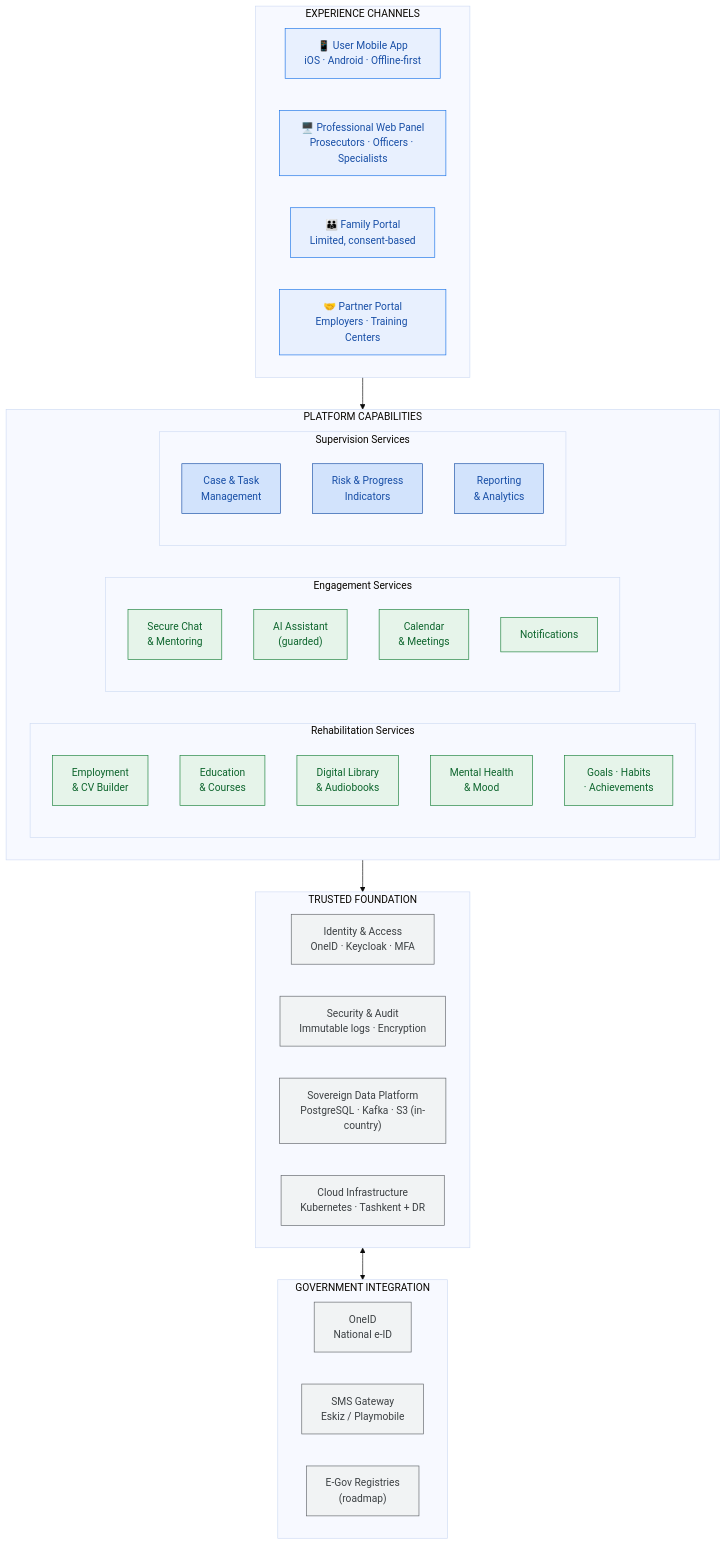
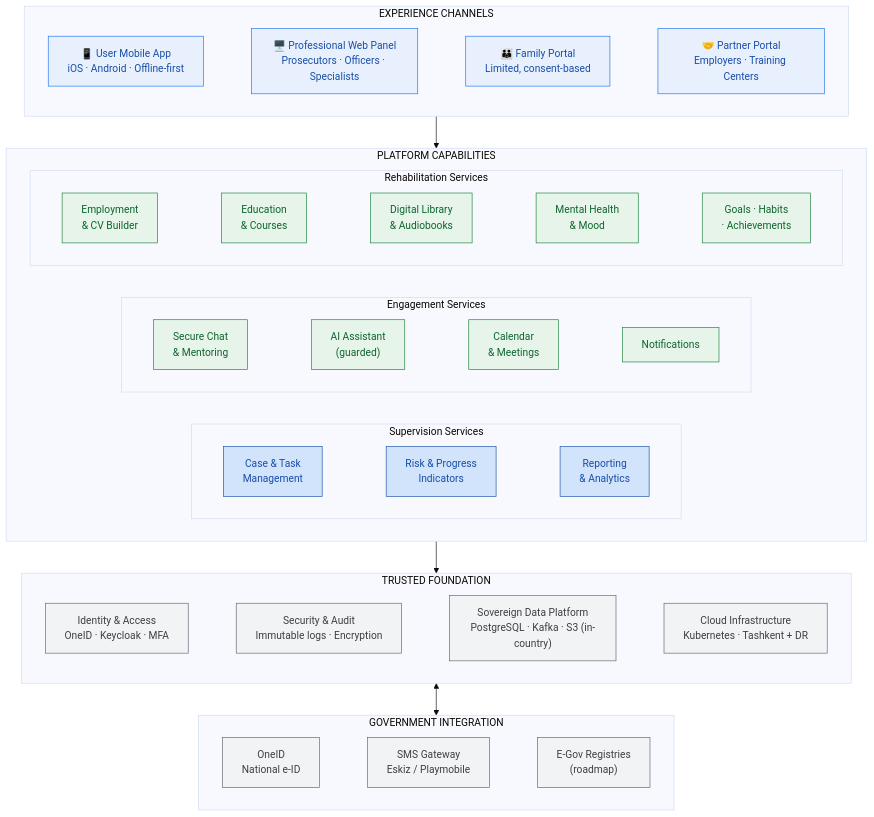
One commit to baxtbekjumayev74-byte/Yangi-hayot changed the first of 5 diagrams in docs/01-executive-architecture.md. Above: the diagram before and after it, drawn with Mermaid (base theme). The commit also changed other lines of this file and 5 other files, not shown here.

First line of the commit message:
Refine diagram layouts for presentation rendering

````diff
--- a/docs/01-executive-architecture.md
+++ b/docs/01-executive-architecture.md
@@ -12,58 +12,44 @@
 ```mermaid
 flowchart TB
     subgraph CH["EXPERIENCE CHANNELS"]
         direction LR
-        MOB["📱 User Mobile App<br/>iOS · Android · Offline-first"]
-        WEB["🖥️ Professional Web Panel<br/>Prosecutors · Officers · Specialists"]
-        FAM["👪 Family Portal<br/>Limited, consent-based"]
-        PRT["🤝 Partner Portal<br/>Employers · Training Centers"]
+        MOB["📱 User Mobile App<br/>iOS · Android · Offline-first"] ~~~ WEB["🖥️ Professional Web Panel<br/>Prosecutors · Officers · Specialists"] ~~~ FAM["👪 Family Portal<br/>Limited, consent-based"] ~~~ PRT["🤝 Partner Portal<br/>Employers · Training Centers"]
     end
 
     subgraph CAP["PLATFORM CAPABILITIES"]
-        direction LR
-        subgraph REHAB["Rehabilitation Services"]
-            EMP["Employment<br/>& CV Builder"]
-            EDU["Education<br/>& Courses"]
-            LIB["Digital Library<br/>& Audiobooks"]
-            MH["Mental Health<br/>& Mood"]
-            GOAL["Goals · Habits<br/>· Achievements"]
+        subgraph SUP["Supervision Services"]
+            direction LR
+            CASE["Case & Task<br/>Management"] ~~~ RISK["Risk & Progress<br/>Indicators"] ~~~ RPT["Reporting<br/>& Analytics"]
         end
         subgraph ENG["Engagement Services"]
-            CHAT["Secure Chat<br/>& Mentoring"]
-            AI["AI Assistant<br/>(guarded)"]
-            CAL["Calendar<br/>& Meetings"]
-            NOTIF["Notifications"]
+            direction LR
+            CHAT["Secure Chat<br/>& Mentoring"] ~~~ AI["AI Assistant<br/>(guarded)"] ~~~ CAL["Calendar<br/>& Meetings"] ~~~ NOTIF["Notifications"]
         end
-        subgraph SUP["Supervision Services"]
-            CASE["Case & Task<br/>Management"]
-            RISK["Risk & Progress<br/>Indicators"]
-            RPT["Reporting<br/>& Analytics"]
+        subgraph REHAB["Rehabilitation Services"]
+            direction LR
+            EMP["Employment<br/>& CV Builder"] ~~~ EDU["Education<br/>& Courses"] ~~~ LIB["Digital Library<br/>& Audiobooks"] ~~~ MH["Mental Health<br/>& Mood"] ~~~ GOAL["Goals · Habits<br/>· Achievements"]
         end
     end
 
     subgraph FND["TRUSTED FOUNDATION"]
         direction LR
-        IDP["Identity & Access<br/>OneID · Keycloak · MFA"]
-        SEC["Security & Audit<br/>Immutable logs · Encryption"]
-        DATA["Sovereign Data Platform<br/>PostgreSQL · Kafka · S3 (in-country)"]
-        INFRA["Cloud Infrastructure<br/>Kubernetes · Tashkent + DR"]
+        IDP["Identity & Access<br/>OneID · Keycloak · MFA"] ~~~ SEC["Security & Audit<br/>Immutable logs · Encryption"] ~~~ DATA["Sovereign Data Platform<br/>PostgreSQL · Kafka · S3 (in-country)"] ~~~ INFRA["Cloud Infrastructure<br/>Kubernetes · Tashkent + DR"]
     end
 
     subgraph GOV["GOVERNMENT INTEGRATION"]
-        ONEID["OneID<br/>National e-ID"]
-        SMSGW["SMS Gateway<br/>Eskiz / Playmobile"]
-        EGOV["E-Gov Registries<br/>(roadmap)"]
+        direction LR
+        ONEID["OneID<br/>National e-ID"] ~~~ SMSGW["SMS Gateway<br/>Eskiz / Playmobile"] ~~~ EGOV["E-Gov Registries<br/>(roadmap)"]
     end
 
     CH --> CAP --> FND
     FND <--> GOV
 
     classDef blue fill:#e8f0fe,stroke:#1a73e8,color:#174ea6
     classDef green fill:#e6f4ea,stroke:#188038,color:#0d652d
     classDef gray fill:#f1f3f4,stroke:#5f6368,color:#3c4043
     classDef navy fill:#d2e3fc,stroke:#174ea6,color:#174ea6
     class MOB,WEB,FAM,PRT blue
     class EMP,EDU,LIB,MH,GOAL,CHAT,AI,CAL,NOTIF green
     class CASE,RISK,RPT navy
     class IDP,SEC,DATA,INFRA,ONEID,SMSGW,EGOV gray
 ```
````
